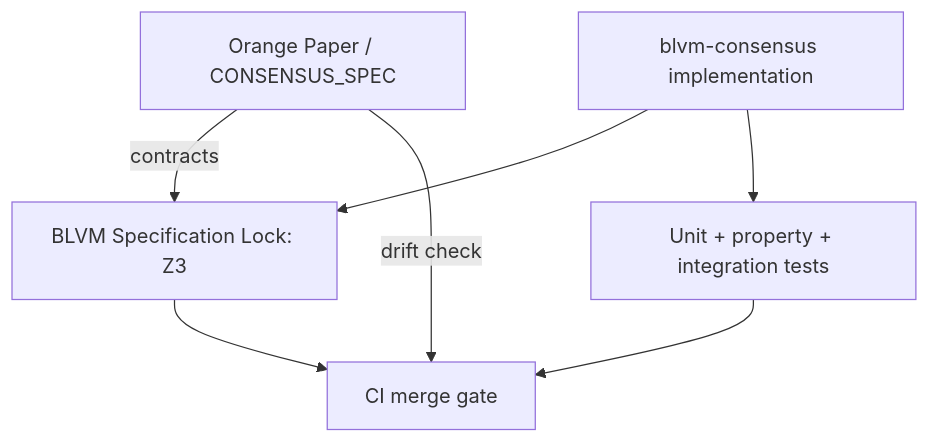
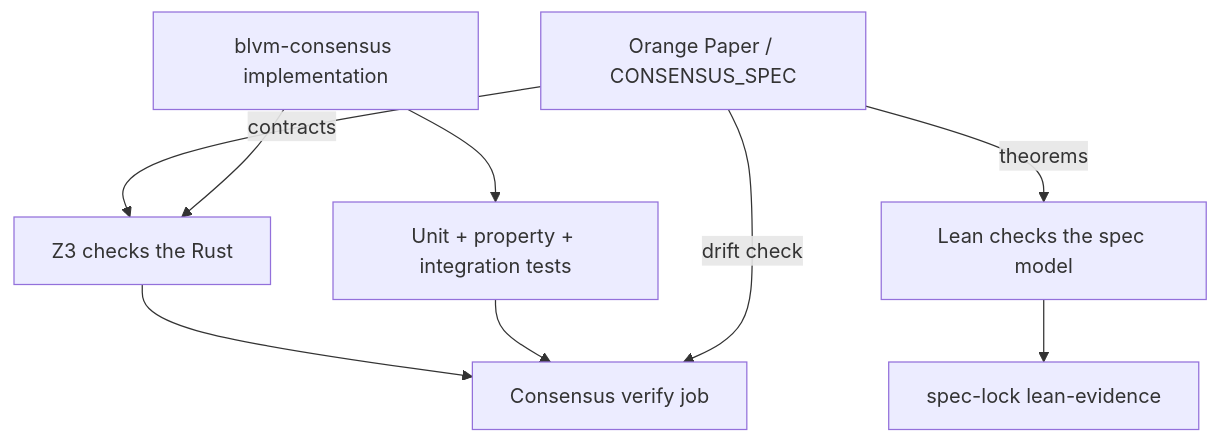
One commit to BTCDecoded/blvm-docs changed the second of 2 diagrams in src/consensus/formal-verification.md. Above: the diagram before and after it, drawn with Mermaid. The commit also changed other lines of this file and 2 other files, not shown here.

First line of the commit message:
docs: count spec-lock attributes and name Lean beside Z3

````diff
--- a/src/consensus/formal-verification.md
+++ b/src/consensus/formal-verification.md
@@ -41,11 +43,13 @@
 ```mermaid
 flowchart TB
  SPEC[Orange Paper / CONSENSUS_SPEC]
  CODE[blvm-consensus implementation]
- SPEC -->|contracts| LOCK[BLVM Specification Lock: Z3]
+ SPEC -->|contracts| LOCK[Z3 checks the Rust]
+ SPEC -->|theorems| LEAN[Lean checks the spec model]
  CODE --> LOCK
  CODE --> TEST[Unit + property + integration tests]
- LOCK --> GATE[CI merge gate]
+ LOCK --> GATE[Consensus verify job]
+ LEAN --> EVID[spec-lock lean-evidence]
  TEST --> GATE
  SPEC -->|drift check| GATE
 ```
````
